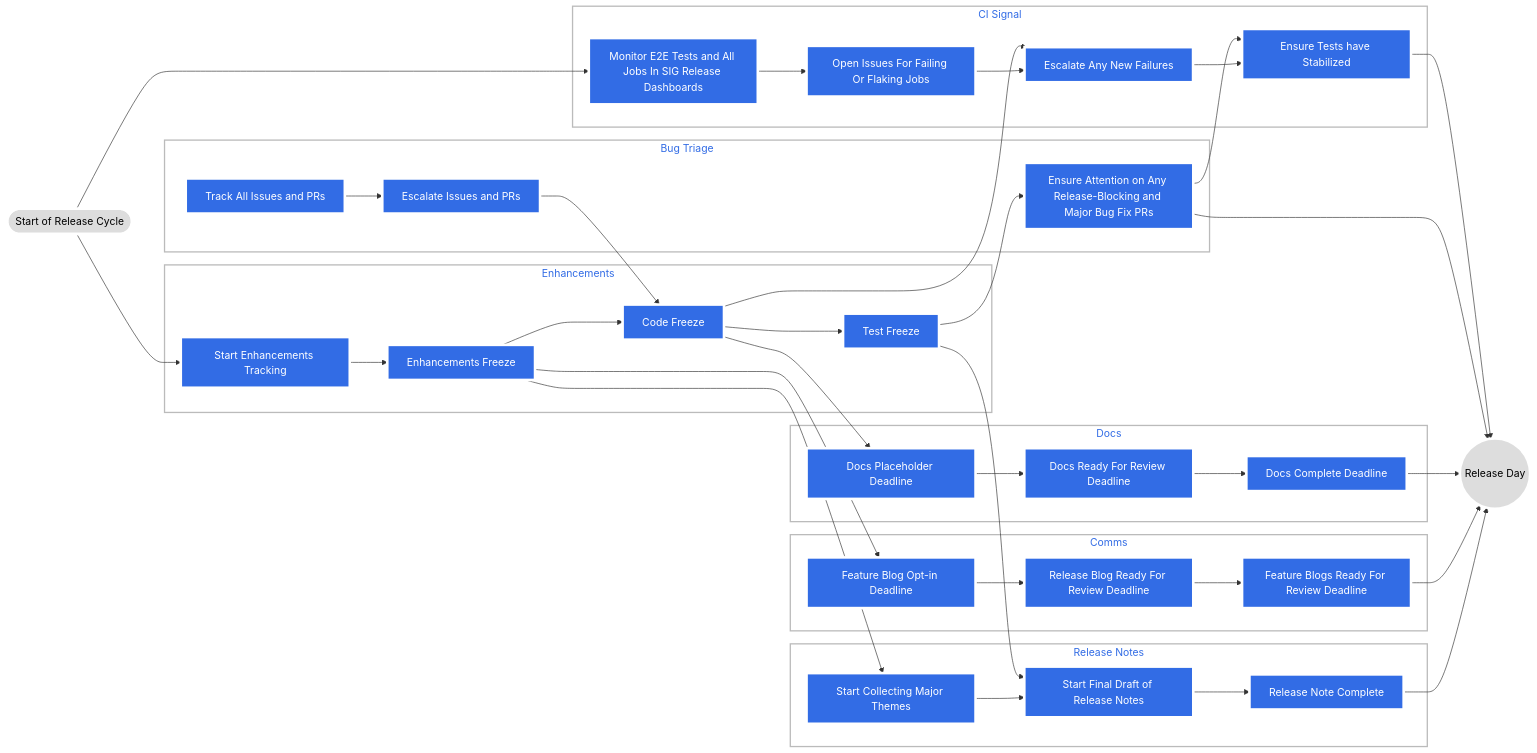
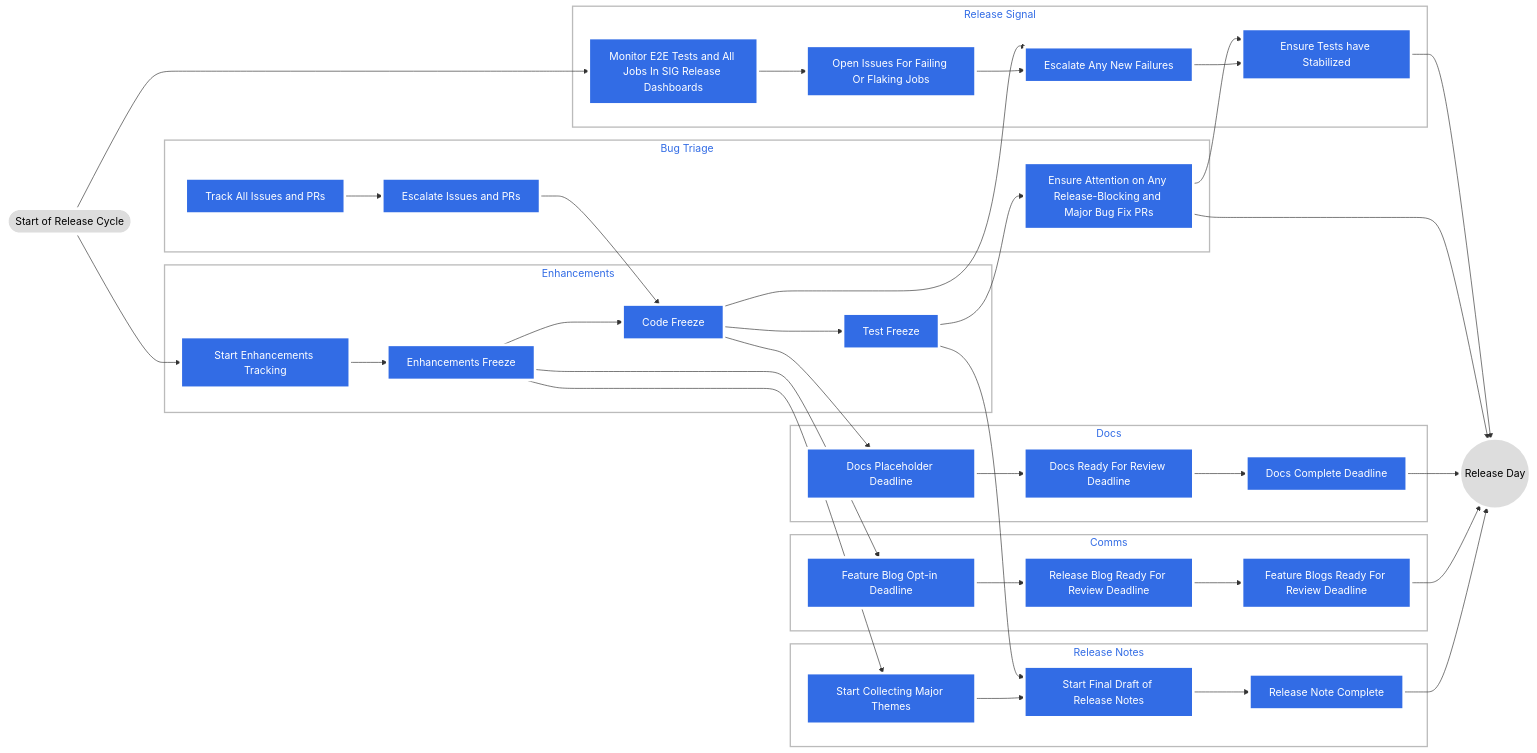
Before and after one commit to kubernetes/sig-release: the first of 2 diagrams in release-team/README.md, drawn with Mermaid.

Commit message:
minor: quick update of CI Signal to Release Signal

````diff
--- a/release-team/README.md
+++ b/release-team/README.md
@@ -178,64 +178,64 @@
 ```mermaid
 graph LR
     START([Start of Release Cycle])
     START --> SET
     START --> MONITOR
     EF --> FBOD
     EF --> CMT
     EIP --> CF
     CF --> DPD
     TF --> FDRN
 
     END((Release Day))
     TEST --> END
     EAARB --> END
     DCF --> END
     FBRD --> END
     RNC --> END
 
     subgraph Enhancements
         SET[Start Enhancements Tracking] --> EF[Enhancements Freeze]
         EF --> CF[Code Freeze]
         CF --> TF[Test Freeze]
     end
 
     subgraph Docs
         DPD[Docs Placeholder Deadline] --> DRD[Docs Ready For Review Deadline]
         DRD --> DCF[Docs Complete Deadline]
     end
 
     subgraph Comms
         FBOD[Feature Blog Opt-in Deadline] --> RBRD[Release Blog Ready For Review Deadline]
         RBRD --> FBRD[Feature Blogs Ready For Review Deadline]
     end
 
     subgraph Release Notes
         CMT[Start Collecting Major Themes] --> FDRN[Start Final Draft of Release Notes]
         FDRN --> RNC[Release Note Complete]
     end
 
     subgraph Bug Triage
         TA[Track All Issues and PRs] --> EIP[Escalate Issues and PRs]
         TF --> EAARB[Ensure Attention on Any Release-Blocking and Major Bug Fix PRs]
     end
 
-    subgraph CI Signal
+    subgraph Release Signal
         MONITOR[Monitor E2E Tests and All Jobs In SIG Release Dashboards]
         MONITOR --> OPEN[Open Issues For Failing Or Flaking Jobs]
         CF --> ESCALATE[Escalate Any New Failures]
         OPEN --> ESCALATE
         EAARB --> TEST[Ensure Tests have Stabilized]
         ESCALATE --> TEST
     end
 
     classDef cluster fill:#fff,stroke:#bbb,stroke-width:2px,color:#326ce5;
     classDef plain fill:#ddd,stroke:#fff,stroke-width:4px,color:#000;
     classDef k8s fill:#326ce5,stroke:#fff,stroke-width:4px,color:#fff;
     class START,END plain;
     class SET,EF k8s;
     class DPD,DRD,DCF k8s;
     class FBOD,RBRD,FBRD k8s;
     class CMT,FDRN,RNC k8s;
     class TA,EIP,TF k8s;
     class MONITOR,OPEN,CF,ESCALATE,EAARB,TEST k8s;
 ```
````
